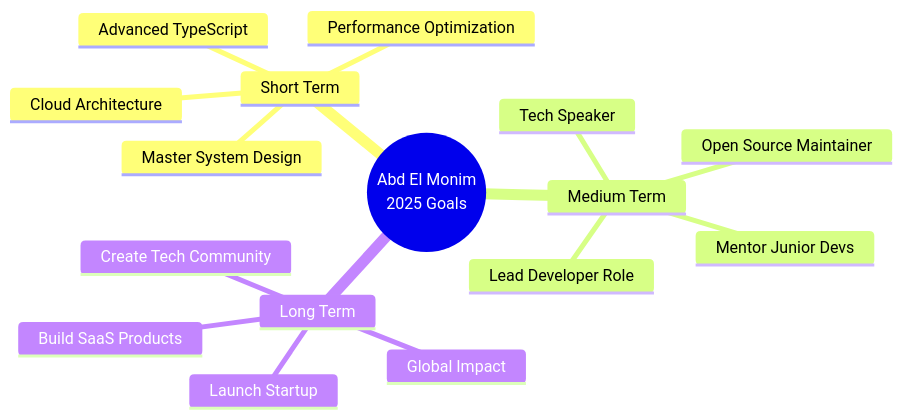
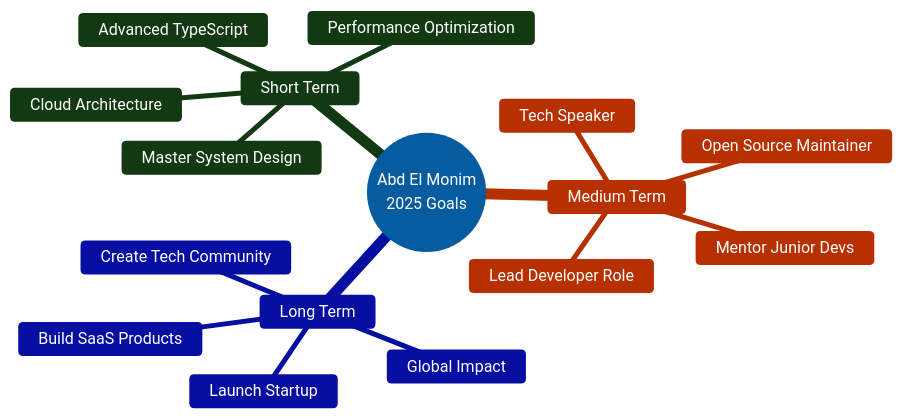
Before and after one commit to ABDE777/ABDE777: the first of 2 diagrams in README.md, drawn with Mermaid.

````diff
--- a/README.md
+++ b/README.md
@@ -124,19 +124,20 @@
 ```mermaid
+%%{init: {'theme':'base', 'themeVariables': { 'primaryColor':'#2e9ef7', 'primaryTextColor':'#fff', 'primaryBorderColor':'#1e88e5', 'lineColor':'#64b5f6', 'secondaryColor':'#339933', 'tertiaryColor':'#ff6c37'}}}%%
 mindmap
   root((Abd El Monim<br/>2025 Goals))
     Short Term
       Master System Design
       Cloud Architecture
       Advanced TypeScript
       Performance Optimization
     Medium Term
       Lead Developer Role
       Mentor Junior Devs
       Tech Speaker
       Open Source Maintainer
     Long Term
       Launch Startup
       Build SaaS Products
       Create Tech Community
       Global Impact
 ```
````
